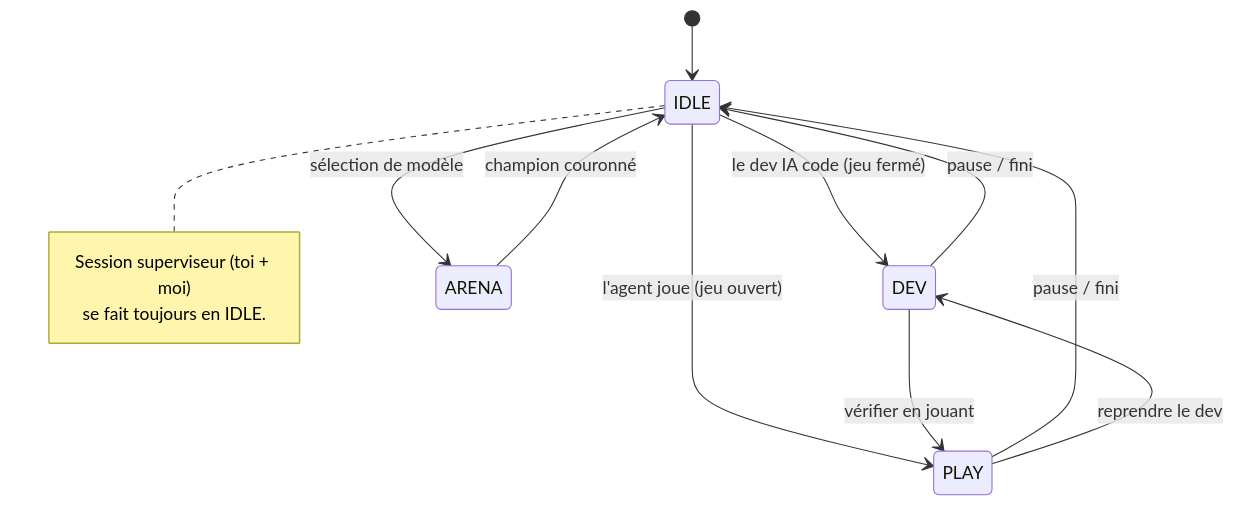
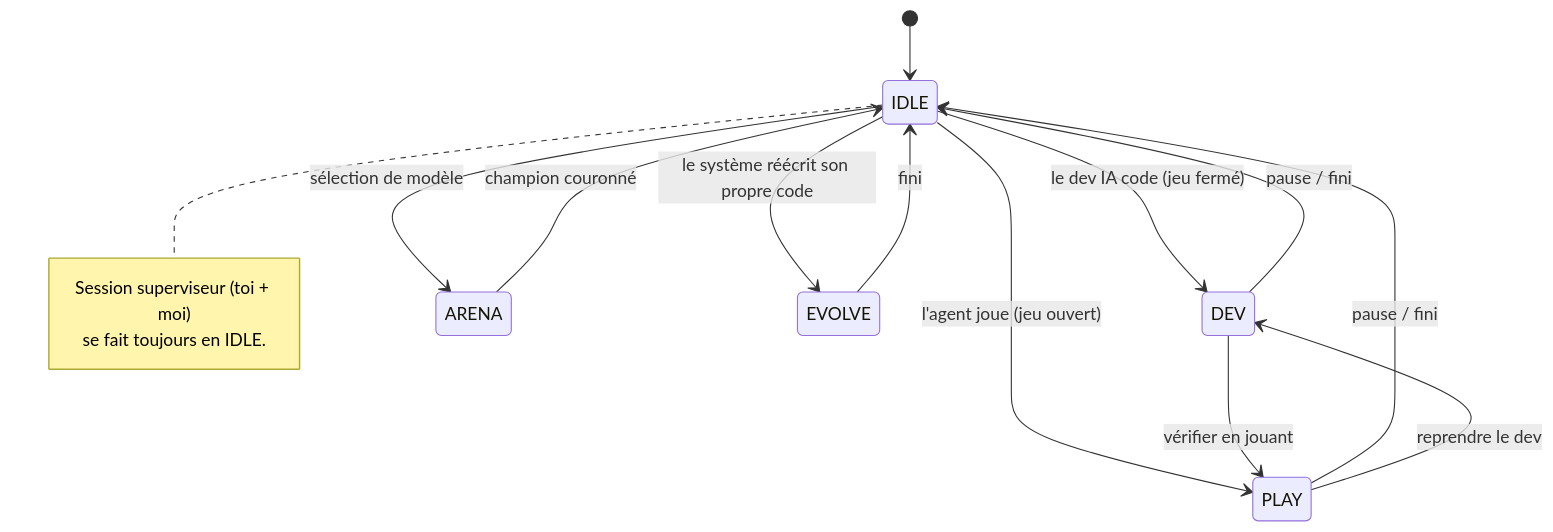
The fourth of 5 diagrams in docs/ARCHITECTURE.md (Duperopope/Rimwork), drawn with Mermaid before and after one commit. The commit also changed 10 other files, not shown here.

First line of the commit message:
feat(self-evolve): guarded self-modification of own code + EVOLVE mode

````diff
--- a/docs/ARCHITECTURE.md
+++ b/docs/ARCHITECTURE.md
@@ -183,16 +183,18 @@
 ```mermaid
 stateDiagram-v2
     [*] --> IDLE
     IDLE --> DEV   : le dev IA code (jeu fermé)
     IDLE --> PLAY  : l'agent joue (jeu ouvert)
     IDLE --> ARENA : sélection de modèle
+    IDLE --> EVOLVE : le système réécrit son propre code
     DEV --> IDLE   : pause / fini
+    EVOLVE --> IDLE : fini
     PLAY --> IDLE  : pause / fini
     ARENA --> IDLE : champion couronné
     DEV --> PLAY   : vérifier en jouant
     PLAY --> DEV   : reprendre le dev
     note right of IDLE
         Session superviseur (toi + moi)
         se fait toujours en IDLE.
     end note
 ```
````
